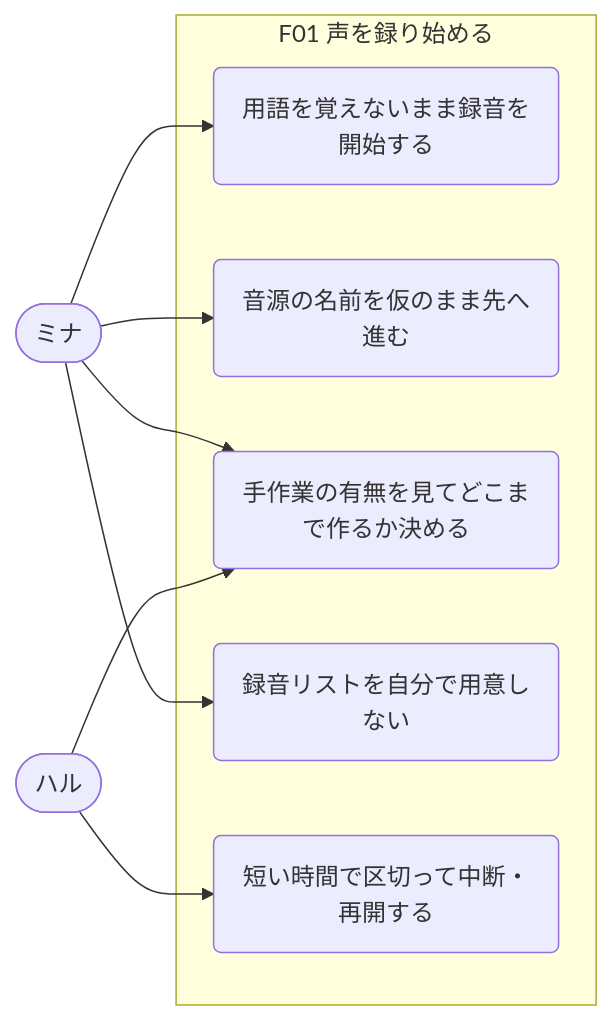
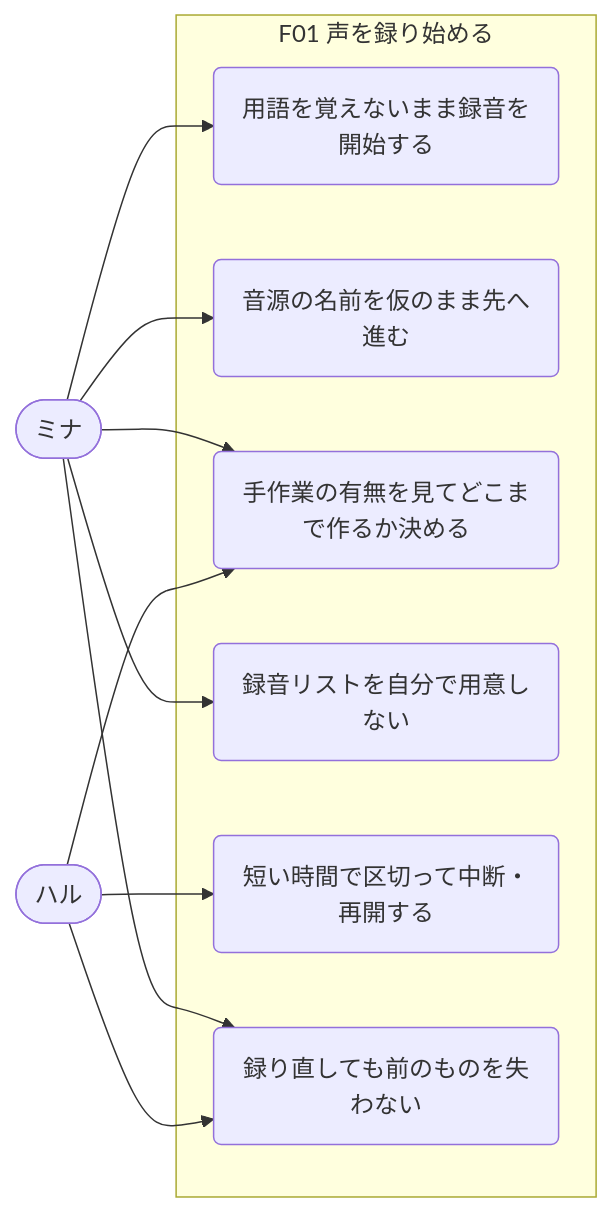
Before and after one commit to dino3616/koeru: the second of 6 diagrams in docs/usecase-map.md, drawn with Mermaid. The commit also changed other lines of this file and 2 other files, not shown here.

````diff
--- a/docs/usecase-map.md
+++ b/docs/usecase-map.md
@@ -118,18 +121,21 @@
 ```mermaid
 flowchart LR
   mina(["ミナ"])
   haru(["ハル"])
   subgraph F01["F01 声を録り始める"]
     uc1("用語を覚えないまま録音を開始する")
     uc2("音源の名前を仮のまま先へ進む")
     uc3("手作業の有無を見てどこまで作るか決める")
     uc4("録音リストを自分で用意しない")
     uc5("短い時間で区切って中断・再開する")
+    uc6("録り直しても前のものを失わない")
   end
   mina --> uc1
   mina --> uc2
   mina --> uc3
   mina --> uc4
+  mina --> uc6
   haru --> uc3
   haru --> uc5
+  haru --> uc6
 ```
````
